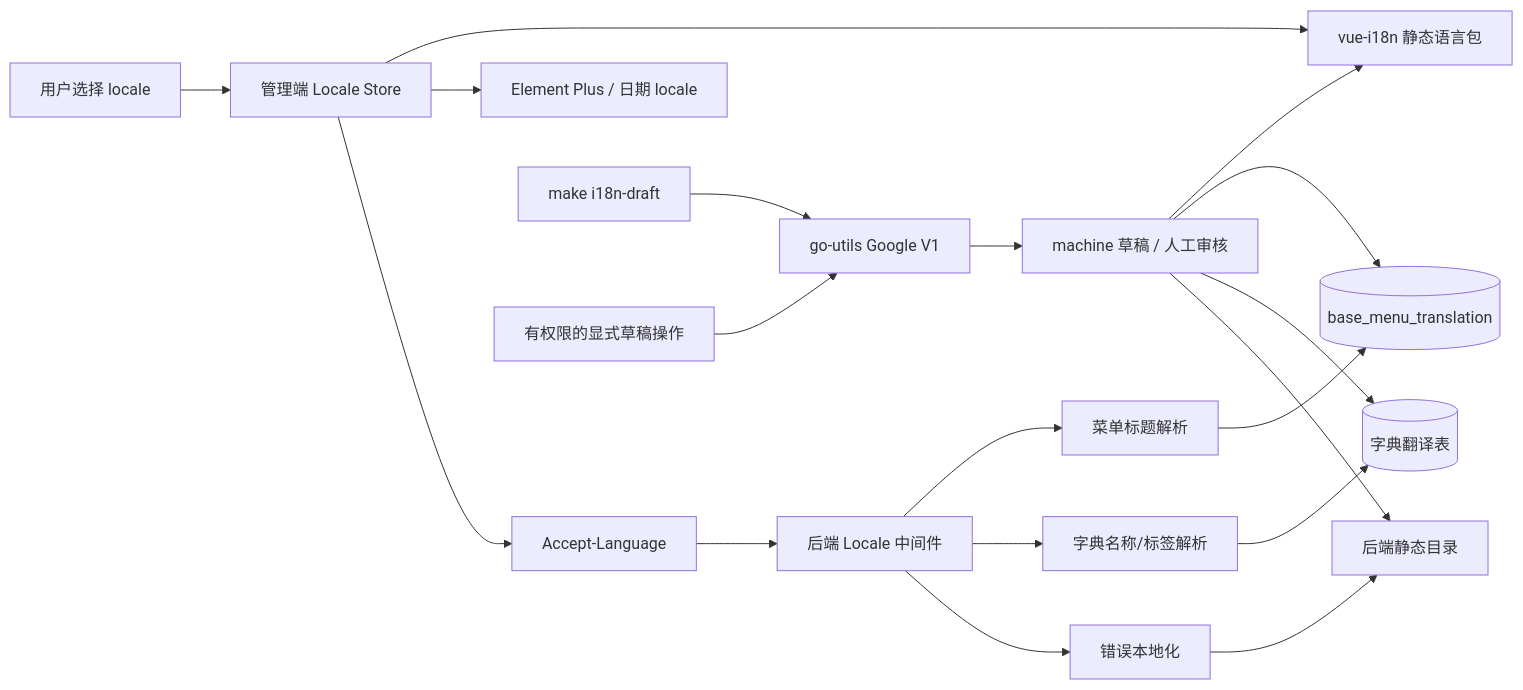
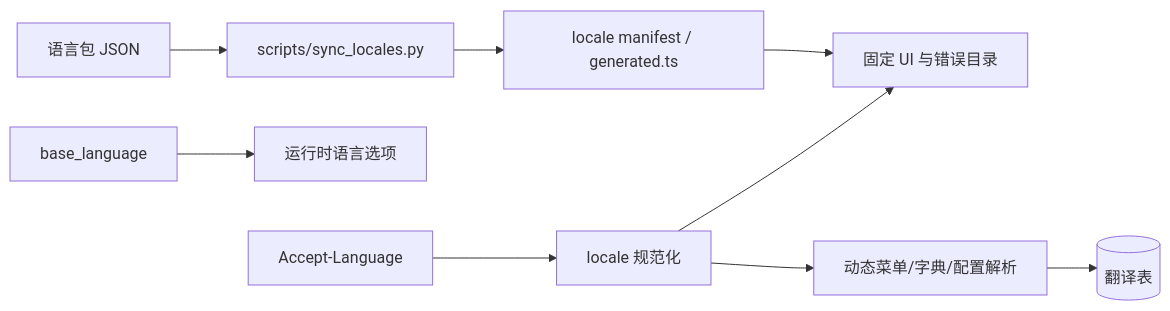
Before and after one commit to liujitcn/kratos-admin: the diagram in docs/国际化最终方案.md, drawn with Mermaid. The commit also changed other lines of this file and 256 other files, not shown here.

````diff
--- a/docs/国际化最终方案.md
+++ b/docs/国际化最终方案.md
@@ -151,22 +22,11 @@
 ```mermaid
 flowchart LR
-  User["用户选择 locale"] --> LocaleStore["管理端 Locale Store"]
-  LocaleStore --> VueI18n["vue-i18n 静态语言包"]
-  LocaleStore --> Element["Element Plus / 日期 locale"]
-  LocaleStore --> Header["Accept-Language"]
-  Header --> LocaleMiddleware["后端 Locale 中间件"]
-  LocaleMiddleware --> MenuResolver["菜单标题解析"]
-  LocaleMiddleware --> DictResolver["字典名称/标签解析"]
-  LocaleMiddleware --> ErrorLocalizer["错误本地化"]
-  MenuResolver --> MenuTranslations[("base_menu_translation")]
-  DictResolver --> DictTranslations[("字典翻译表")]
-  ErrorLocalizer --> ErrorCatalog["后端静态目录"]
-
-  DraftCommand["make i18n-draft"] --> GoogleV1["go-utils Google V1"]
-  DraftAction["有权限的显式草稿操作"] --> GoogleV1
-  GoogleV1 --> Review["machine 草稿 / 人工审核"]
-  Review --> VueI18n
-  Review --> MenuTranslations
-  Review --> DictTranslations
-  Review --> ErrorCatalog
+  Files["语言包 JSON"] --> Sync["scripts/sync_locales.py"]
+  Sync --> Manifest["locale manifest / generated.ts"]
+  Manifest --> UI["固定 UI 与错误目录"]
+  DB["base_language"] --> Options["运行时语言选项"]
+  Request["Accept-Language"] --> Locale["locale 规范化"]
+  Locale --> UI
+  Locale --> Dynamic["动态菜单/字典/配置解析"]
+  Dynamic --> Tables[("翻译表")]
 ```
````
